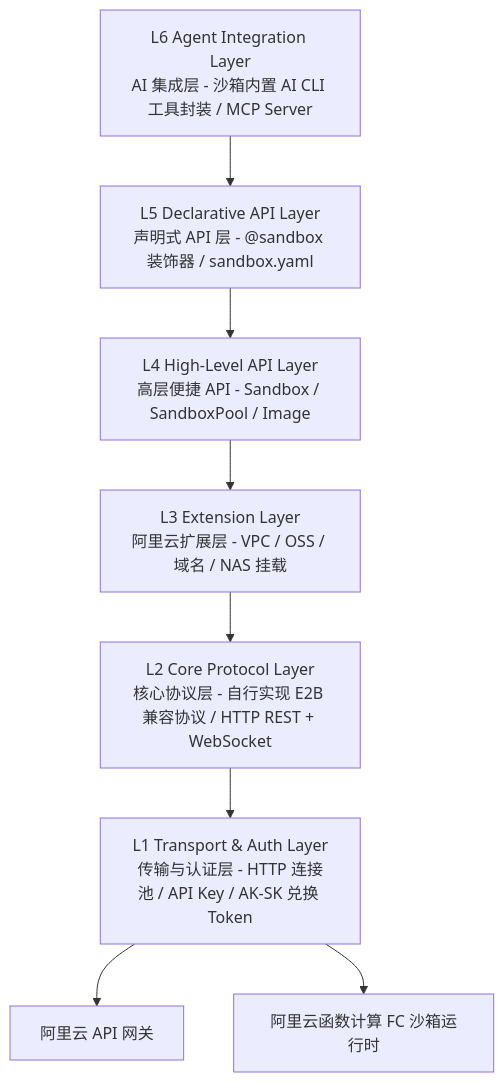
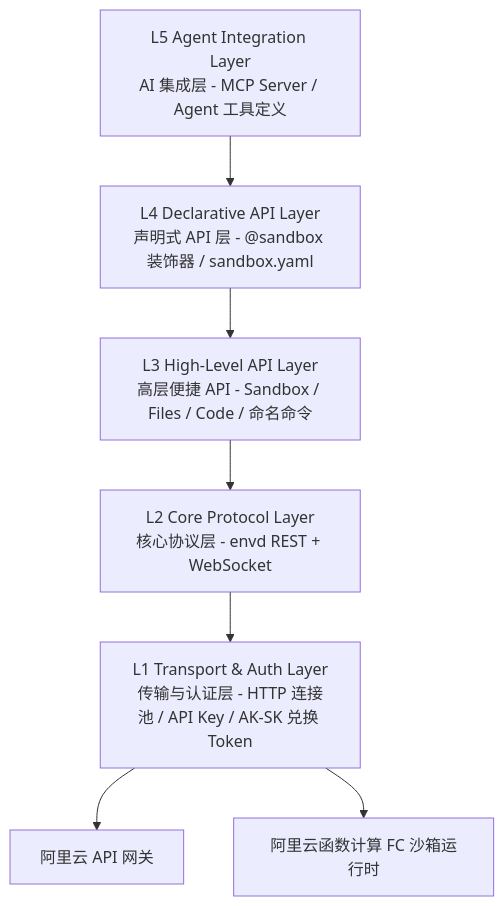
The first of 2 diagrams in docs/zh/design/architecture.md (Alibaba-Agent-Sandbox/python-sdk), drawn with Mermaid before and after one commit. The commit also changed other lines of this file and 819 other files, not shown here.

Commit message:
Publish the Agent Sandbox Python SDK: one endpoint table, one policy engine, and the runtime client.

````diff
--- a/docs/zh/design/architecture.md
+++ b/docs/zh/design/architecture.md
@@ -9,19 +9,17 @@
 ```mermaid
 graph TD
-    L6["L6 Agent Integration Layer<br/>AI 集成层 - 沙箱内置 AI CLI 工具封装 / MCP Server"]
-    L5["L5 Declarative API Layer<br/>声明式 API 层 - @sandbox 装饰器 / sandbox.yaml"]
-    L4["L4 High-Level API Layer<br/>高层便捷 API - Sandbox / SandboxPool / Image"]
-    L3["L3 Extension Layer<br/>阿里云扩展层 - VPC / OSS / 域名 / NAS 挂载"]
-    L2["L2 Core Protocol Layer<br/>核心协议层 - 自行实现 E2B 兼容协议 / HTTP REST + WebSocket"]
+    L5["L5 Agent Integration Layer<br/>AI 集成层 - MCP Server / Agent 工具定义"]
+    L4["L4 Declarative API Layer<br/>声明式 API 层 - @sandbox 装饰器 / sandbox.yaml"]
+    L3["L3 High-Level API Layer<br/>高层便捷 API - Sandbox / Files / Code / 命名命令"]
+    L2["L2 Core Protocol Layer<br/>核心协议层 - envd REST + WebSocket"]
     L1["L1 Transport & Auth Layer<br/>传输与认证层 - HTTP 连接池 / API Key / AK-SK 兑换 Token"]
     GW["阿里云 API 网关"]
     FC["阿里云函数计算 FC 沙箱运行时"]
 
-    L6 --> L5
     L5 --> L4
     L4 --> L3
     L3 --> L2
     L2 --> L1
     L1 --> GW
     L1 --> FC
 ```
````
